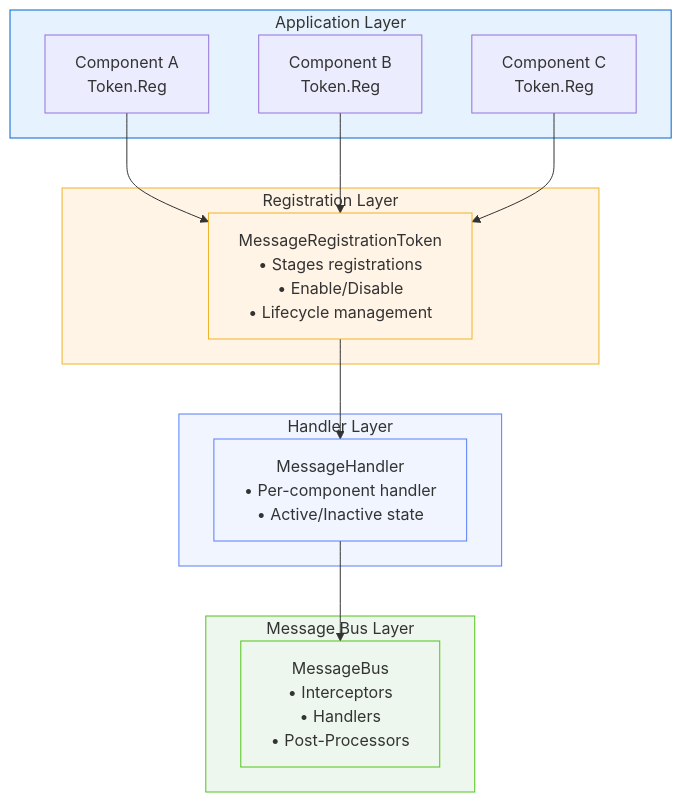
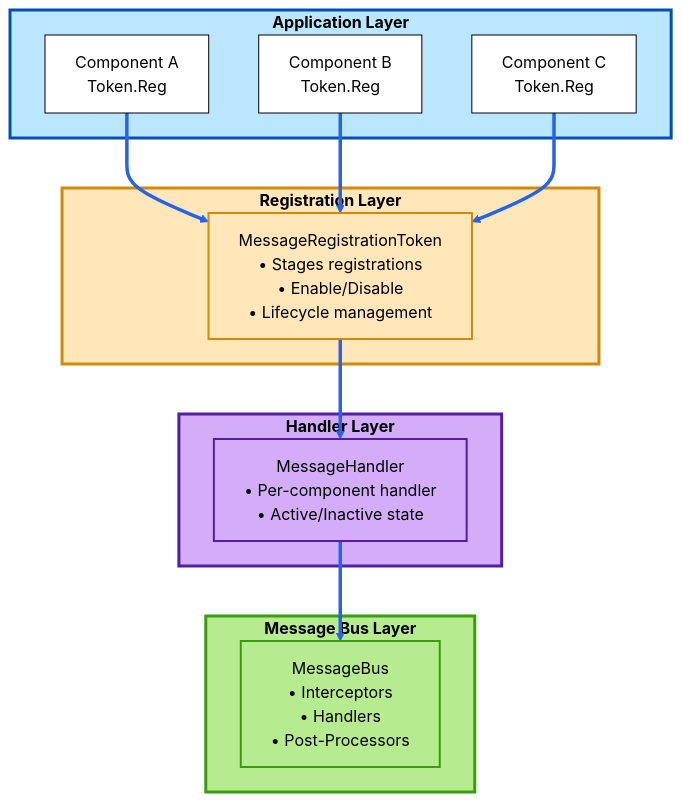
One commit to wallstop/DxMessaging changed the diagram in Docs/DesignAndArchitecture.md. Above: the diagram before and after it, drawn with Mermaid. The commit also changed 5 other files, not shown here.

First line of the commit message:
Mermaid diagram updates (#68)

````diff
--- a/Docs/DesignAndArchitecture.md
+++ b/Docs/DesignAndArchitecture.md
@@ -52,34 +52,35 @@
 ```mermaid
+%%{init: {'theme':'base', 'themeVariables': { 'primaryColor':'#fff','primaryTextColor':'#000','primaryBorderColor':'#000','lineColor':'#2563eb','secondaryColor':'#fff','tertiaryColor':'#fff','edgeLabelBackground':'#fff'}}}%%
 flowchart TB
-    subgraph App[Application Layer]
+    subgraph App["<b>Application Layer</b>"]
         CompA[Component A<br/>Token.Reg]
         CompB[Component B<br/>Token.Reg]
         CompC[Component C<br/>Token.Reg]
     end
 
-    subgraph Token[Registration Layer]
+    subgraph Token["<b>Registration Layer</b>"]
         MRT[MessageRegistrationToken<br/>• Stages registrations<br/>• Enable/Disable<br/>• Lifecycle management]
     end
 
-    subgraph Handler[Handler Layer]
+    subgraph Handler["<b>Handler Layer</b>"]
         MH[MessageHandler<br/>• Per-component handler<br/>• Active/Inactive state]
     end
 
-    subgraph Bus[Message Bus Layer]
+    subgraph Bus["<b>Message Bus Layer</b>"]
         MB[MessageBus<br/>• Interceptors<br/>• Handlers<br/>• Post-Processors]
     end
 
-    CompA --> MRT
-    CompB --> MRT
-    CompC --> MRT
-    MRT --> MH
-    MH --> MB
+    CompA ==> MRT
+    CompB ==> MRT
+    CompC ==> MRT
+    MRT ==> MH
+    MH ==> MB
 
-    style App fill:#e6f3ff,stroke:#0066cc
-    style Token fill:#fff4e5,stroke:#f0b429
-    style Handler fill:#f0f5ff,stroke:#597ef7
-    style Bus fill:#eef7ee,stroke:#52c41a
-    style MRT fill:#fff4e5,stroke:#f0b429
-    style MH fill:#f0f5ff,stroke:#597ef7
-    style MB fill:#eef7ee,stroke:#52c41a
+    style App fill:#bae7ff,stroke:#0050b3,stroke-width:3px,color:#000
+    style Token fill:#ffe7ba,stroke:#d48806,stroke-width:3px,color:#000
+    style Handler fill:#d3adf7,stroke:#531dab,stroke-width:3px,color:#000
+    style Bus fill:#b7eb8f,stroke:#389e0d,stroke-width:3px,color:#000
+    style MRT fill:#ffe7ba,stroke:#d48806,stroke-width:2px,color:#000
+    style MH fill:#d3adf7,stroke:#531dab,stroke-width:2px,color:#000
+    style MB fill:#b7eb8f,stroke:#389e0d,stroke-width:2px,color:#000
 ```
````
